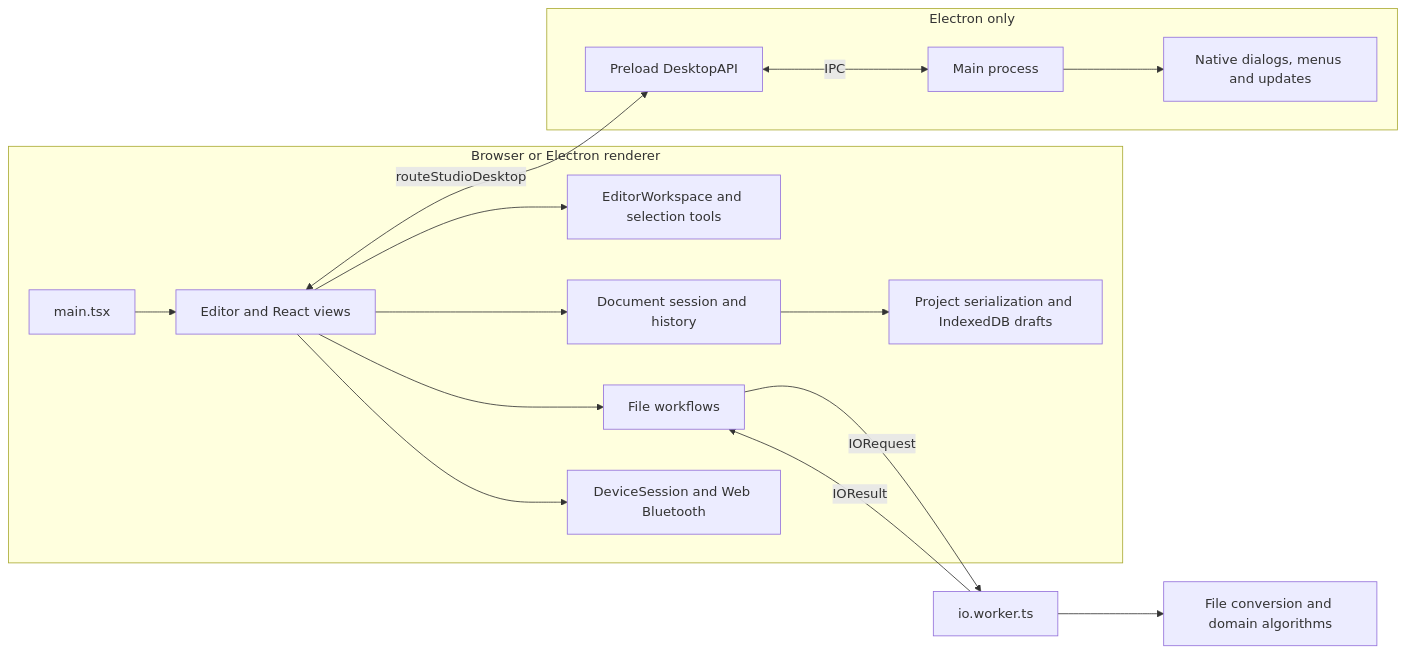
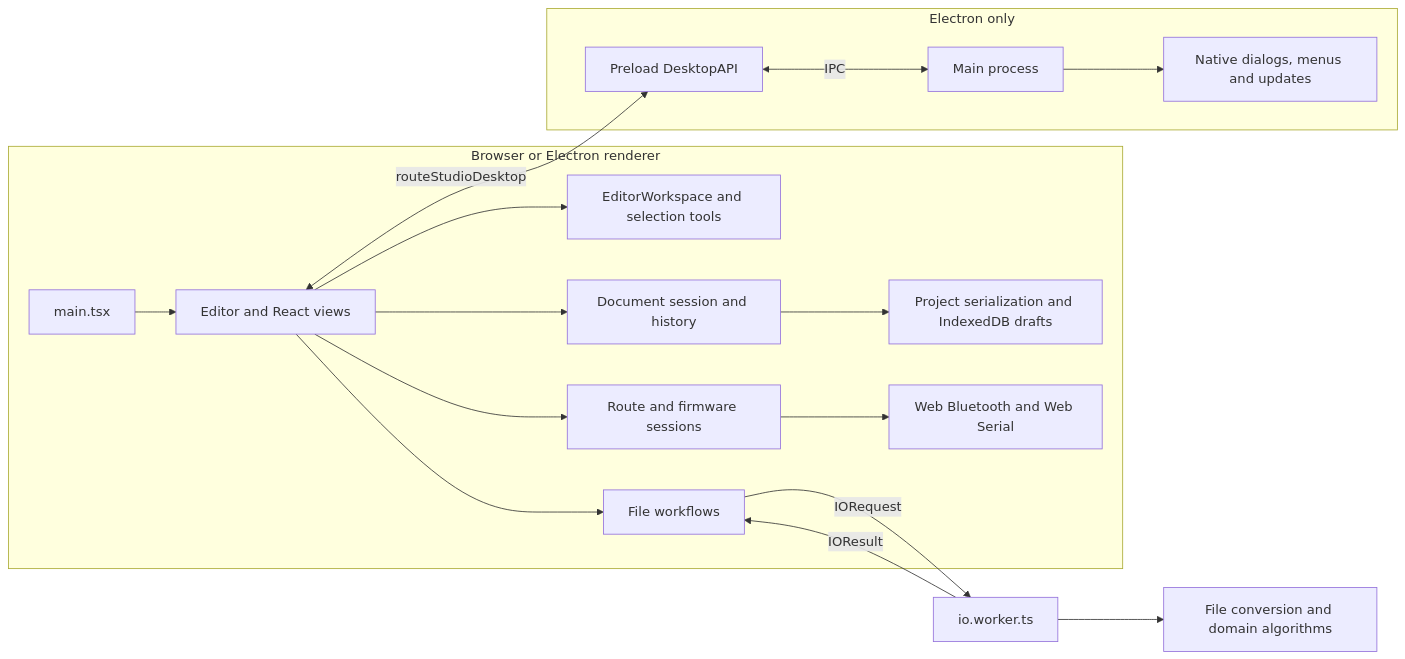
Before and after one commit to TRL-X/route-studio: the diagram in docs/architecture.md, drawn with Mermaid. The commit also changed other lines of this file and 48 other files, not shown here.

Commit message:
Add generic firmware updates and organize device workflows (#44)

````diff
--- a/docs/architecture.md
+++ b/docs/architecture.md
@@ -36,19 +36,20 @@
 ```mermaid
 flowchart LR
     subgraph Renderer[Browser or Electron renderer]
         Entry[main.tsx] --> Editor[Editor and React views]
         Editor --> Workspace[EditorWorkspace and selection tools]
         Editor --> History[Document session and history]
         Editor --> Files[File workflows]
         History --> Storage[Project serialization and IndexedDB drafts]
-        Editor --> Device[DeviceSession and Web Bluetooth]
+        Editor --> Device[Route and firmware sessions]
+        Device --> Transports[Web Bluetooth and Web Serial]
     end
     Files -->|IORequest| Worker[io.worker.ts]
     Worker -->|IOResult| Files
     Worker --> Processing[File conversion and domain algorithms]
     subgraph Desktop[Electron only]
         Bridge[Preload DesktopAPI] <-->|IPC| Main[Main process]
         Main --> Native[Native dialogs, menus and updates]
     end
     Editor <-->|routeStudioDesktop| Bridge
 ```
````
